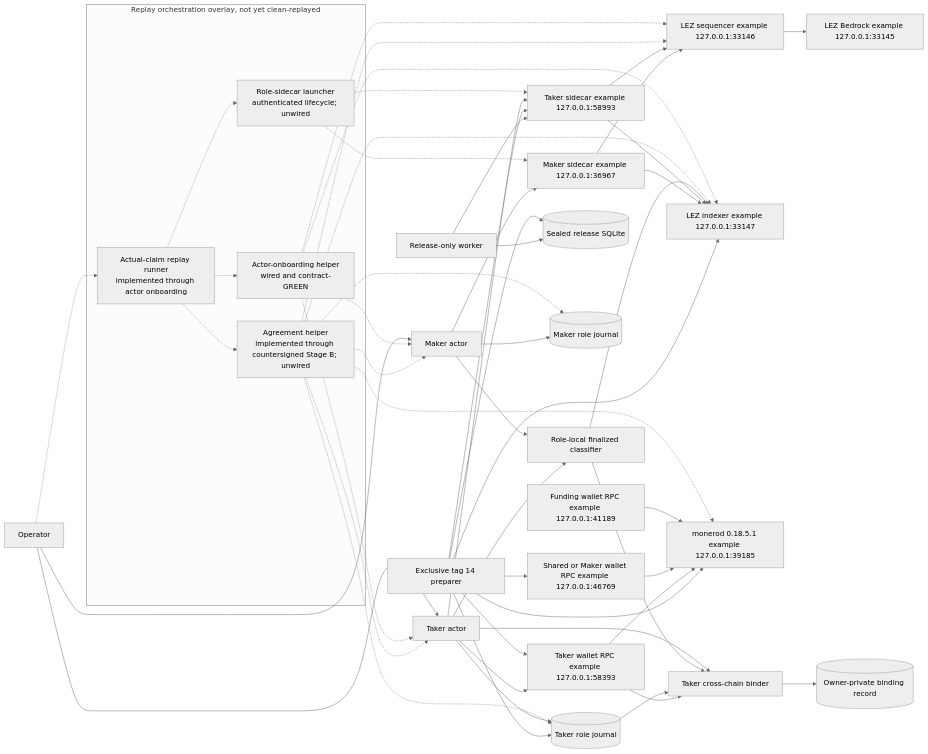
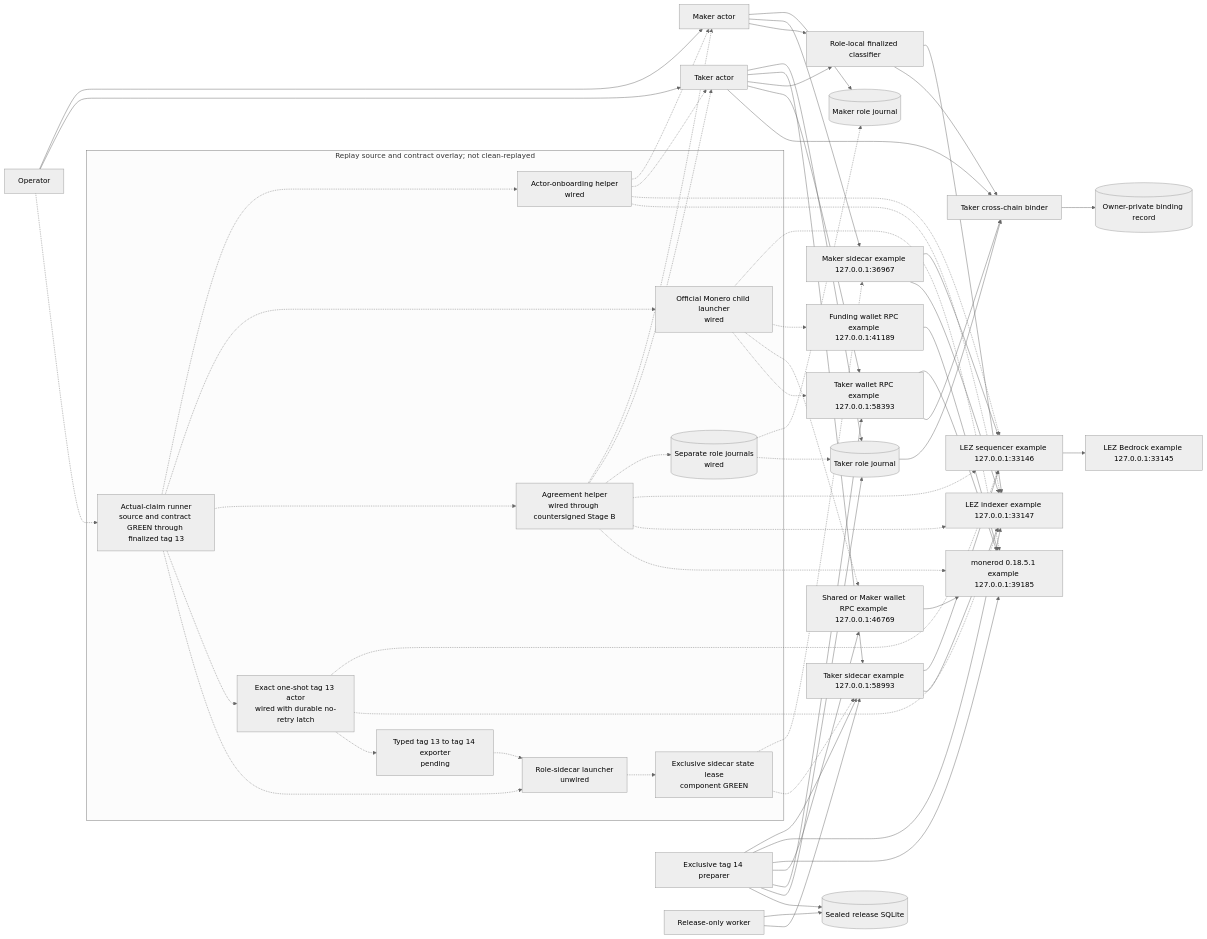
The third of 13 diagrams in docs/architecture/deployment-components-and-rpcs.md (gateway-fm/lez-atomic-swaps), drawn with Mermaid (neutral theme) before and after one commit. The commit also changed other lines of this file and 15 other files, not shown here.

Commit message:
feat(m4): replay through finalized tag13

````diff
--- a/docs/architecture/deployment-components-and-rpcs.md
+++ b/docs/architecture/deployment-components-and-rpcs.md
@@ -176,11 +176,16 @@
 ```mermaid
 flowchart LR
     Operator["Operator"]
-    subgraph ReplayOverlay["Replay orchestration overlay, not yet clean-replayed"]
-        ReplayRunner["Actual-claim replay runner<br/>implemented through actor onboarding"]
-        OnboardingHelper["Actor-onboarding helper<br/>wired and contract-GREEN"]
-        AgreementHelper["Agreement helper<br/>implemented through countersigned Stage B; unwired"]
-        SidecarLauncher["Role-sidecar launcher<br/>authenticated lifecycle; unwired"]
+    subgraph ReplayOverlay["Replay source and contract overlay; not clean-replayed"]
+        ReplayRunner["Actual-claim runner<br/>source and contract GREEN through finalized tag 13"]
+        OnboardingHelper["Actor-onboarding helper<br/>wired"]
+        MoneroChild["Official Monero child launcher<br/>wired"]
+        AgreementHelper["Agreement helper<br/>wired through countersigned Stage B"]
+        ReplayJournals[("Separate role journals<br/>wired")]
+        Tag13Runner["Exact one-shot tag 13 actor<br/>wired with durable no-retry latch"]
+        SidecarLauncher["Role-sidecar launcher<br/>unwired"]
+        SidecarLease["Exclusive sidecar state lease<br/>component GREEN"]
+        TypedExporter["Typed tag 13 to tag 14 exporter<br/>pending"]
     end
     Maker["Maker actor"]
     Taker["Taker actor"]
@@ -210,17 +215,29 @@
     OnboardingHelper -.-> Taker
     OnboardingHelper -.-> Sequencer
     OnboardingHelper -.-> Indexer
+    ReplayRunner -.-> MoneroChild
+    MoneroChild -.-> Monerod
+    MoneroChild -.-> FundingWallet
+    MoneroChild -.-> SharedWallet
+    MoneroChild -.-> TakerWallet
     ReplayRunner -.-> AgreementHelper
     AgreementHelper -.-> Maker
     AgreementHelper -.-> Taker
-    AgreementHelper -.-> MakerJournal
-    AgreementHelper -.-> TakerJournal
+    AgreementHelper -.-> ReplayJournals
+    ReplayJournals -.-> MakerJournal
+    ReplayJournals -.-> TakerJournal
     AgreementHelper -.-> Sequencer
     AgreementHelper -.-> Indexer
     AgreementHelper -.-> Monerod
+    ReplayRunner -.-> Tag13Runner
+    Tag13Runner -.-> Sequencer
+    Tag13Runner -.-> Indexer
+    Tag13Runner -.-> TypedExporter
+    TypedExporter -.-> SidecarLauncher
     ReplayRunner -.-> SidecarLauncher
-    SidecarLauncher -.-> MakerSidecar
-    SidecarLauncher -.-> TakerSidecar
+    SidecarLauncher -.-> SidecarLease
+    SidecarLease -.-> MakerSidecar
+    SidecarLease -.-> TakerSidecar
     Taker --> TakerJournal
     Maker --> MakerJournal
     Taker --> TakerSidecar
````
